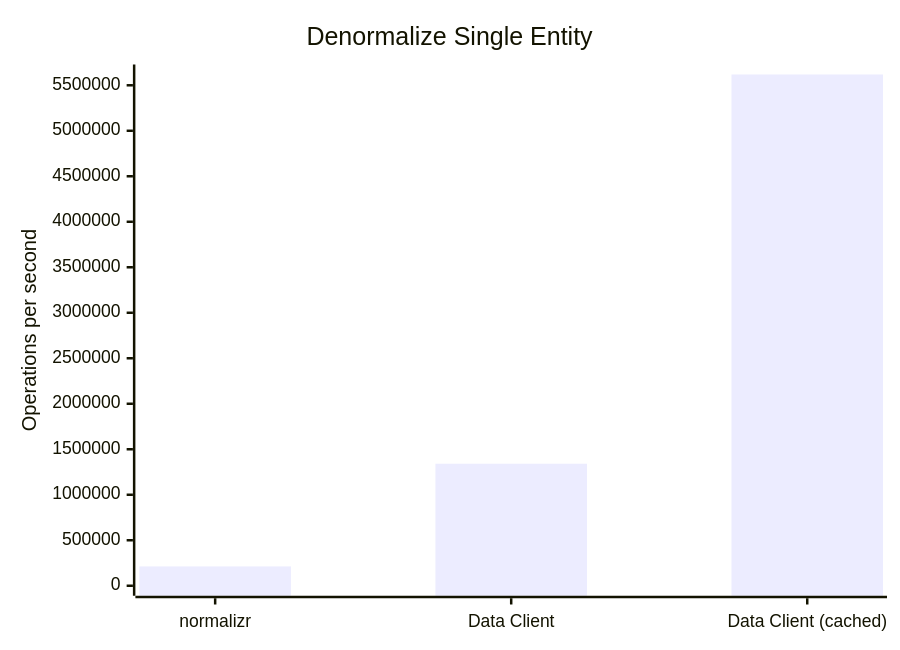
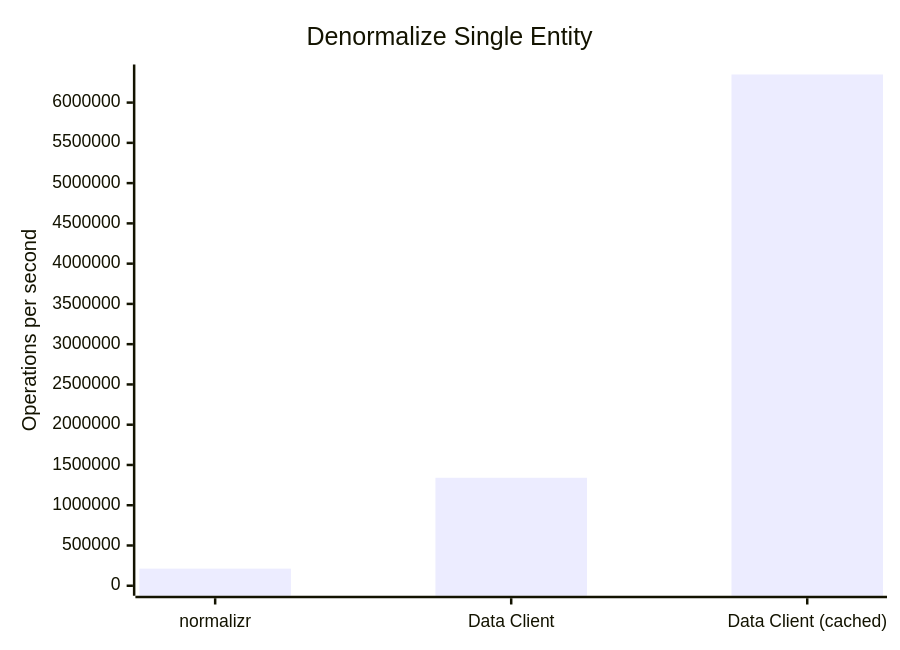
One commit to reactive/data-client changed the first of 2 diagrams in docs/core/concepts/normalization.md. Above: the diagram before and after it, drawn with Mermaid. The commit also changed 2 other files, not shown here.

Commit message:
docs: Update denormalize benchmark results

````diff
--- a/docs/core/concepts/normalization.md
+++ b/docs/core/concepts/normalization.md
@@ -390,7 +390,7 @@
 ```mermaid
 xychart-beta
     title "Denormalize Single Entity"
     x-axis [normalizr, "Data Client", "Data Client (cached)"]
-    y-axis "Operations per second" 0 --> 5618500
-    bar [212500, 1341000, 5618500]
+    y-axis "Operations per second" 0 --> 6348905
+    bar [212500, 1341000, 6348905]
 ```
````
